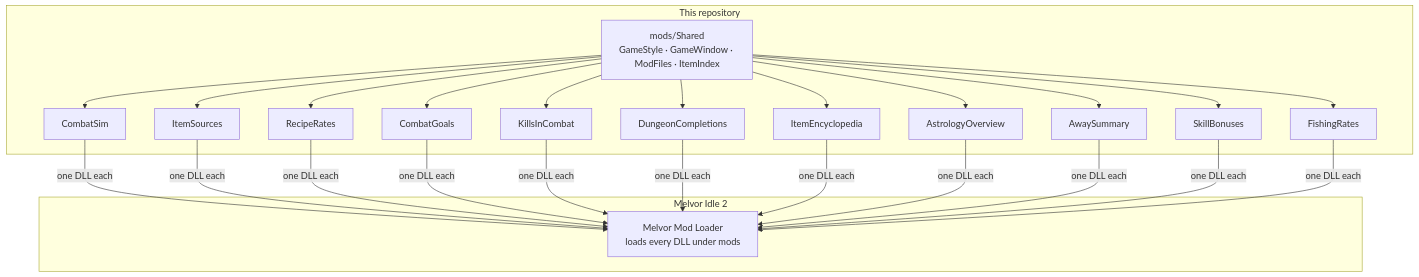
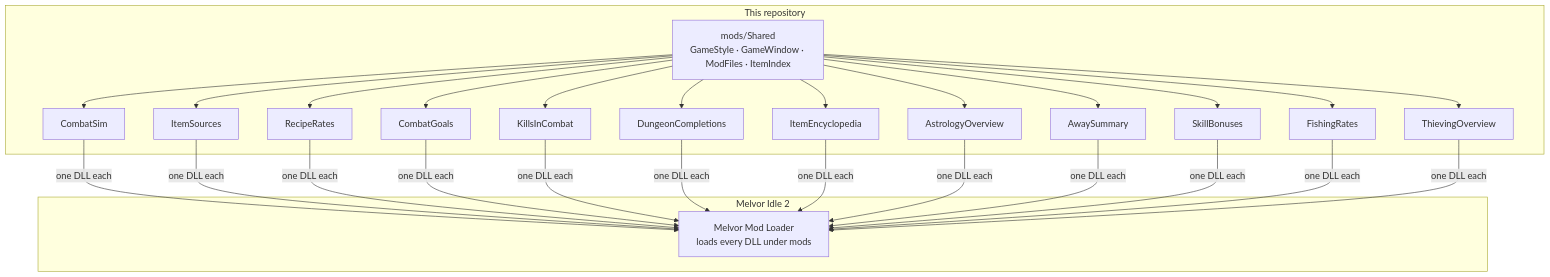
One commit to 149segolte/melvor-idle-2-qol-mods changed the diagram in README.md. Above: the diagram before and after it, drawn with Mermaid. The commit also changed other lines of this file and 24 other files, not shown here.

First line of the commit message:
Thieving Overview: every target per hour, best for an item, and is it safe (#55)

````diff
--- a/README.md
+++ b/README.md
@@ -217,22 +227,23 @@
 ```mermaid
 flowchart TB
     subgraph game["Melvor Idle 2"]
         L["Melvor Mod Loader<br/>loads every DLL under mods"]
     end
     subgraph repo["This repository"]
         S["mods/Shared<br/>GameStyle · GameWindow · ModFiles · ItemIndex"]
         M1["CombatSim"]
         M2["ItemSources"]
         M3["RecipeRates"]
         M4["CombatGoals"]
         M5["KillsInCombat"]
         M6["DungeonCompletions"]
         M7["ItemEncyclopedia"]
         M8["AstrologyOverview"]
         M9["AwaySummary"]
         M10["SkillBonuses"]
         M11["FishingRates"]
+        M12["ThievingOverview"]
     end
-    S --> M1 & M2 & M3 & M4 & M5 & M6 & M7 & M8 & M9 & M10 & M11
-    M1 & M2 & M3 & M4 & M5 & M6 & M7 & M8 & M9 & M10 & M11 -->|"one DLL each"| L
+    S --> M1 & M2 & M3 & M4 & M5 & M6 & M7 & M8 & M9 & M10 & M11 & M12
+    M1 & M2 & M3 & M4 & M5 & M6 & M7 & M8 & M9 & M10 & M11 & M12 -->|"one DLL each"| L
 ```
````
